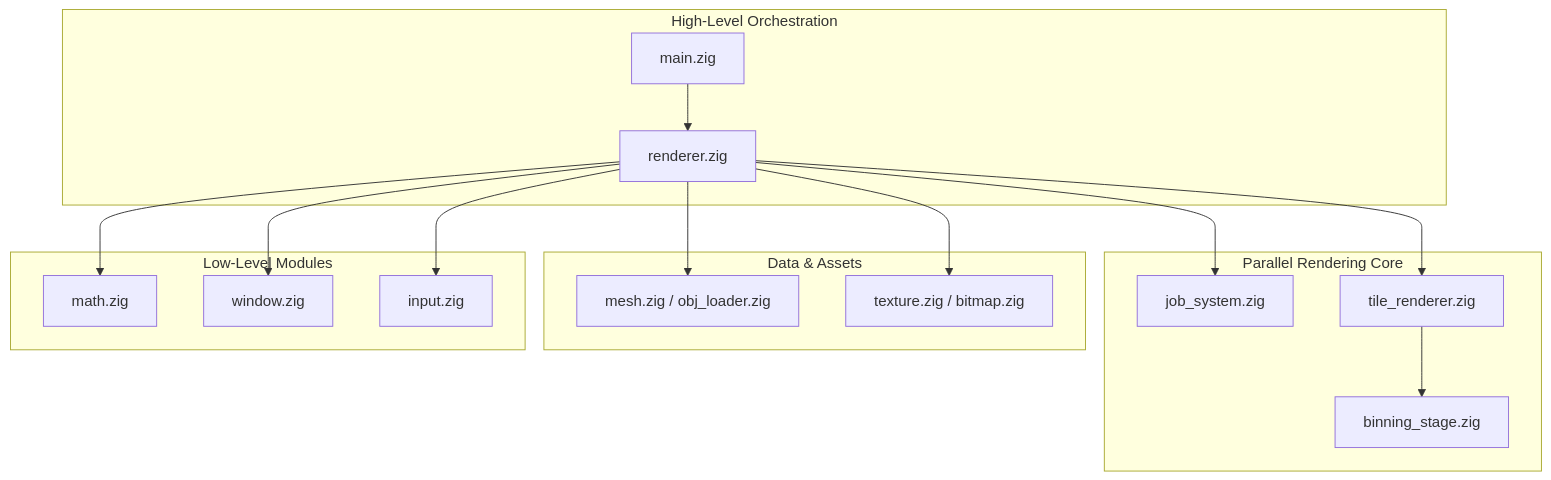
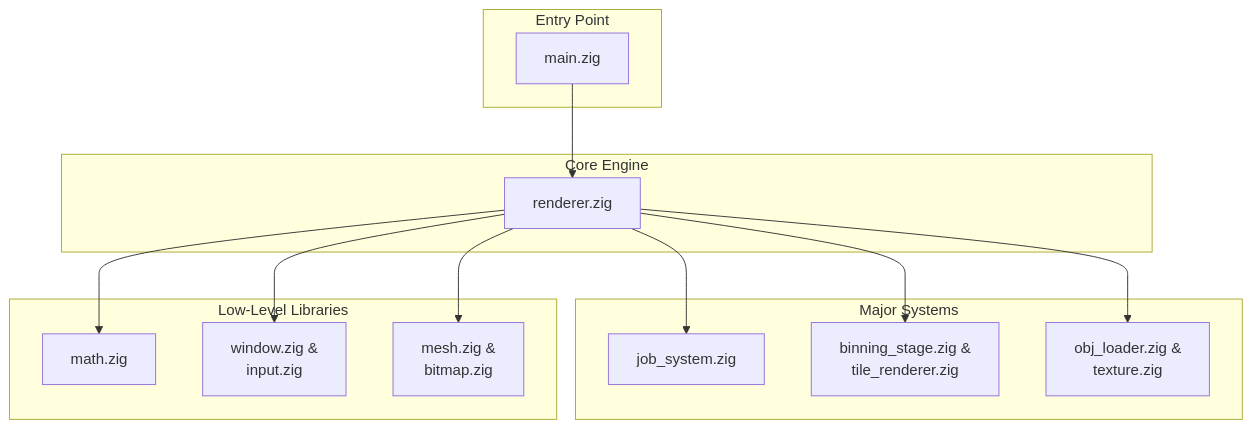
Before and after one commit to monstercameron/learn_zig_and_3d: the second of 2 diagrams in README.md, drawn with Mermaid. The commit also changed other lines of this file and 11 other files, not shown here.

````diff
--- a/README.md
+++ b/README.md
@@ -60,34 +74,32 @@
 ```mermaid
 graph TD
-    subgraph "High-Level Orchestration"
-        main["main.zig"]
-        renderer["renderer.zig"]
+    subgraph "Entry Point"
+        main["main.zig"];
     end
 
-    subgraph "Parallel Rendering Core"
-        job_system["job_system.zig"]
-        tile_renderer["tile_renderer.zig"]
-        binning_stage["binning_stage.zig"]
+    subgraph "Core Engine"
+        renderer["renderer.zig"];
     end
 
-    subgraph "Data & Assets"
-        mesh["mesh.zig / obj_loader.zig"]
-        texture["texture.zig / bitmap.zig"]
+    subgraph "Major Systems"
+        job_system["job_system.zig"];
+        pipeline["binning_stage.zig &<br>tile_renderer.zig"];
+        assets["obj_loader.zig &<br>texture.zig"];
     end
 
-    subgraph "Low-Level Modules"
-        math["math.zig"]
-        window["window.zig"]
-        input["input.zig"]
+    subgraph "Low-Level Libraries"
+        math["math.zig"];
+        platform["window.zig &<br>input.zig"];
+        data["mesh.zig &<br>bitmap.zig"];
     end
 
     main --> renderer;
+    
     renderer --> job_system;
-    renderer --> tile_renderer;
-    tile_renderer --> binning_stage;
-    renderer --> mesh;
-    renderer --> texture;
+    renderer --> pipeline;
+    renderer --> assets;
+    
     renderer --> math;
-    renderer --> window;
-    renderer --> input;
+    renderer --> platform;
+    renderer --> data;
 ```
````
